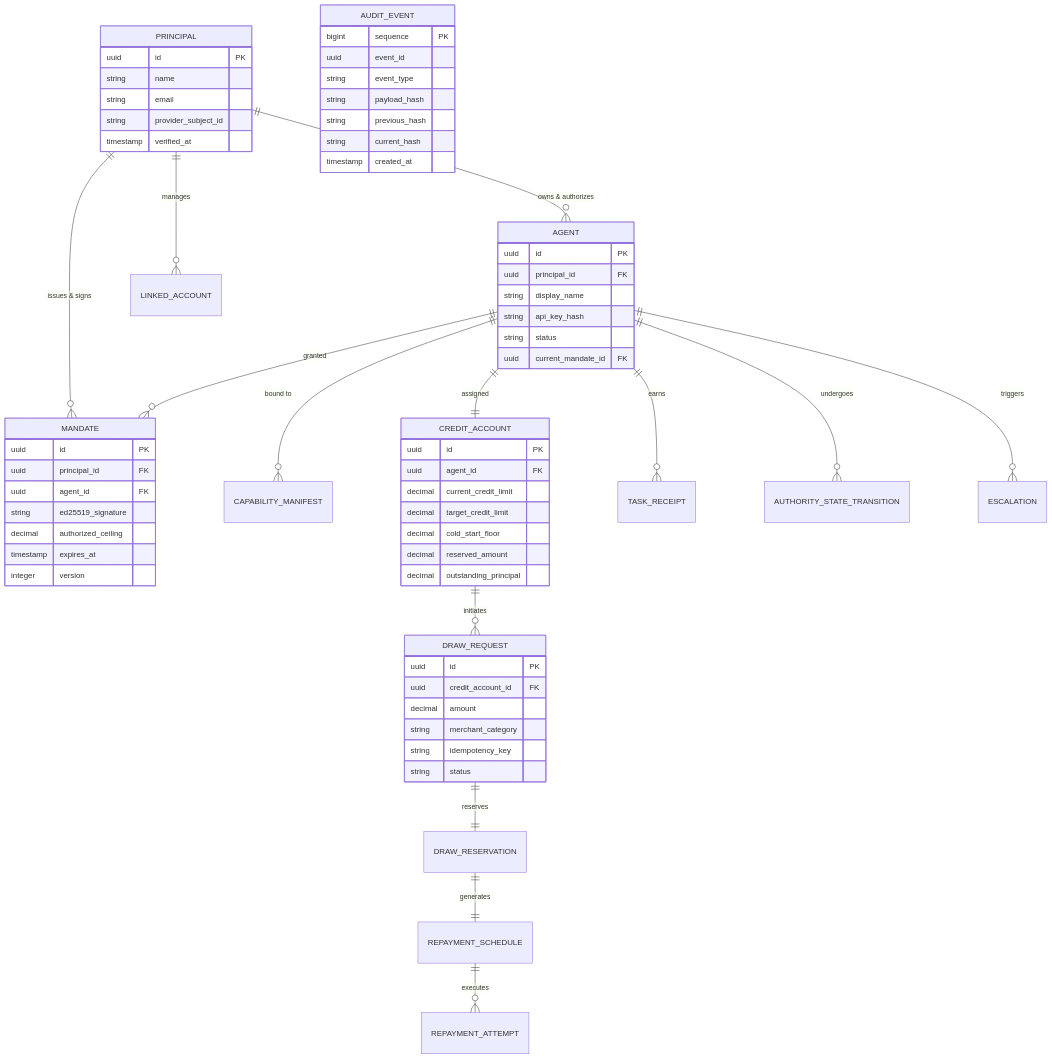
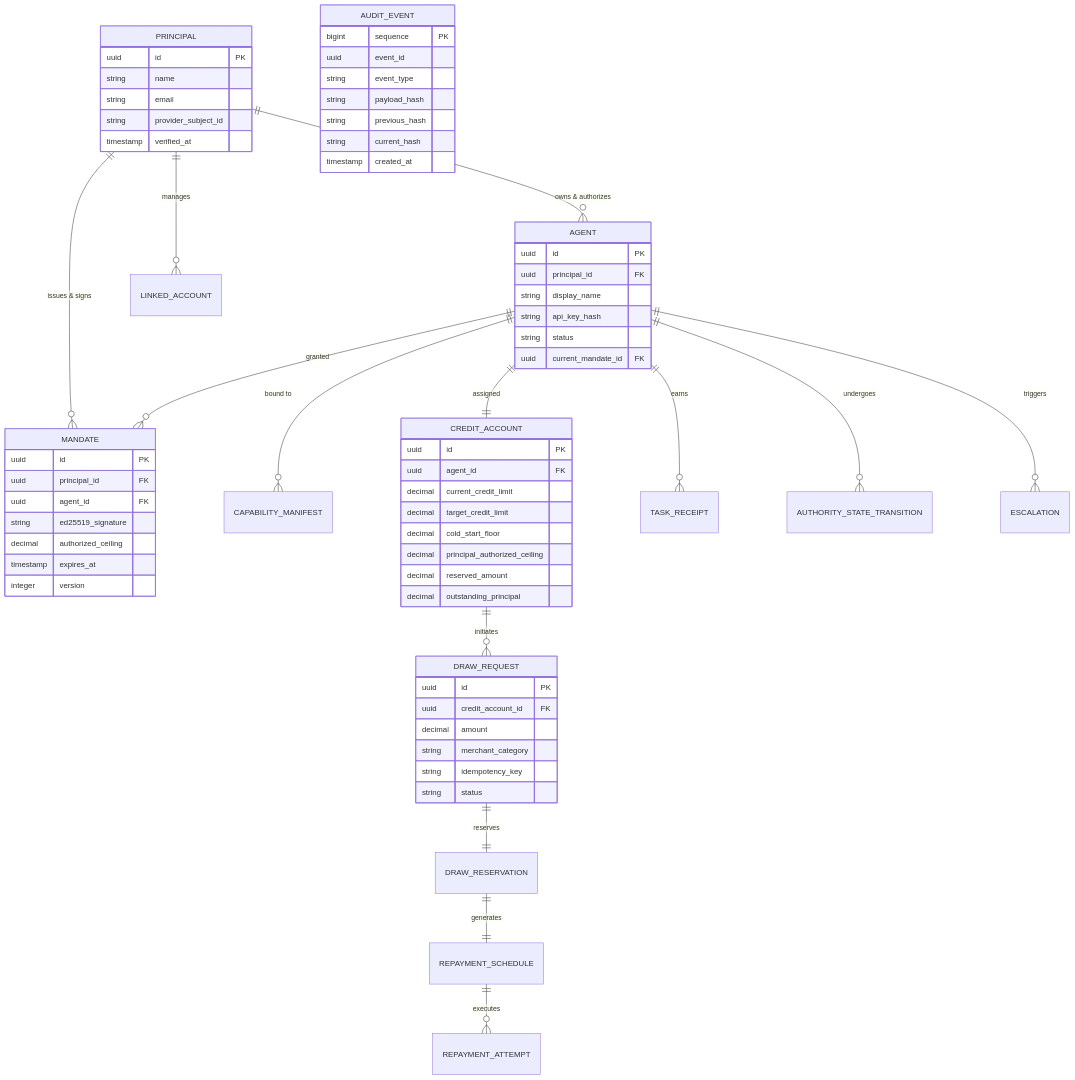
One commit to Destroyer795/TrustLine changed the fifth of 5 diagrams in docs/architecture.md. Above: the diagram before and after it, drawn with Mermaid. The commit also changed 1 other file, not shown here.

Commit message:
docs: align threat-model concurrency example and complete ER credit account fields

````diff
--- a/docs/architecture.md
+++ b/docs/architecture.md
@@ -137,75 +137,76 @@
 ```mermaid
 erDiagram
     PRINCIPAL ||--o{ AGENT : "owns & authorizes"
     PRINCIPAL ||--o{ LINKED_ACCOUNT : "manages"
     PRINCIPAL ||--o{ MANDATE : "issues & signs"
     
     AGENT ||--o{ CAPABILITY_MANIFEST : "bound to"
     AGENT ||--o{ MANDATE : "granted"
     AGENT ||--one CREDIT_ACCOUNT : "assigned"
     AGENT ||--o{ TASK_RECEIPT : "earns"
     
     CREDIT_ACCOUNT ||--o{ DRAW_REQUEST : "initiates"
     DRAW_REQUEST ||--one DRAW_RESERVATION : "reserves"
     DRAW_RESERVATION ||--one REPAYMENT_SCHEDULE : "generates"
     
     REPAYMENT_SCHEDULE ||--o{ REPAYMENT_ATTEMPT : "executes"
     AGENT ||--o{ AUTHORITY_STATE_TRANSITION : "undergoes"
     AGENT ||--o{ ESCALATION : "triggers"
     
     PRINCIPAL {
         uuid id PK
         string name
         string email
         string provider_subject_id
         timestamp verified_at
     }
     
     AGENT {
         uuid id PK
         uuid principal_id FK
         string display_name
         string api_key_hash
         string status
         uuid current_mandate_id FK
     }
 
     MANDATE {
         uuid id PK
         uuid principal_id FK
         uuid agent_id FK
         string ed25519_signature
         decimal authorized_ceiling
         timestamp expires_at
         integer version
     }
 
     CREDIT_ACCOUNT {
         uuid id PK
         uuid agent_id FK
         decimal current_credit_limit
         decimal target_credit_limit
         decimal cold_start_floor
+        decimal principal_authorized_ceiling
         decimal reserved_amount
         decimal outstanding_principal
     }
 
     DRAW_REQUEST {
         uuid id PK
         uuid credit_account_id FK
         decimal amount
         string merchant_category
         string idempotency_key
         string status
     }
 
     AUDIT_EVENT {
         bigint sequence PK
         uuid event_id
         string event_type
         string payload_hash
         string previous_hash
         string current_hash
         timestamp created_at
     }
 ```
````
